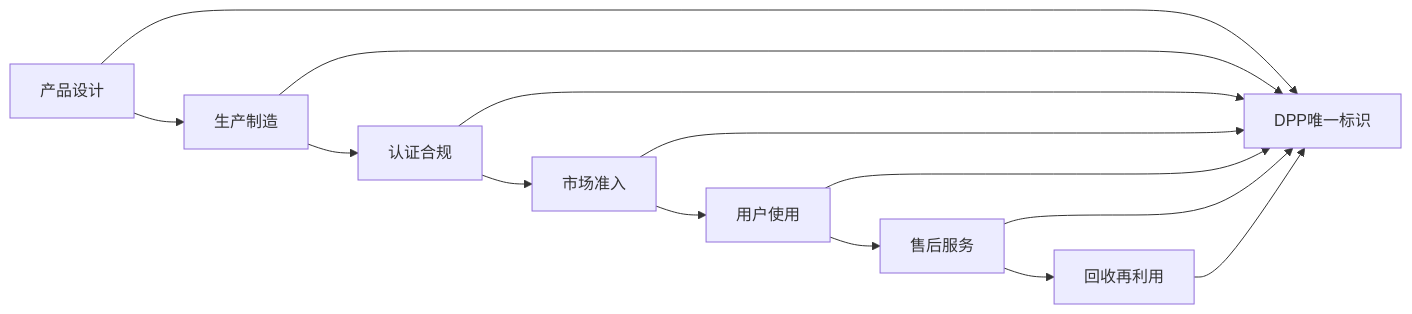
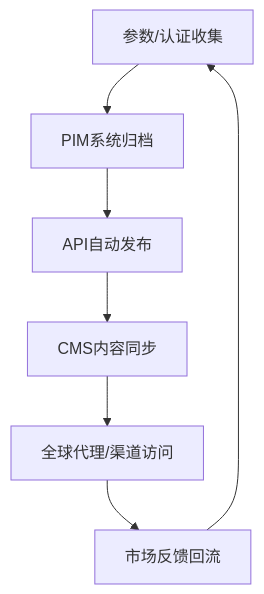
Before and after one commit to Miles2048/research-agent: the fourth of 4 diagrams in results_perplexity/topic_1_产品国际化护照构建/report_topic_1_perplexity.md, drawn with Mermaid. The commit also changed other lines of this file and 26 other files, not shown here.

````diff
--- a/results_perplexity/topic_1_产品国际化护照构建/report_topic_1_perplexity.md
+++ b/results_perplexity/topic_1_产品国际化护照构建/report_topic_1_perplexity.md
@@ -241,16 +274,9 @@
 ```mermaid
-flowchart LR
-A[产品设计] --> B[生产制造]
-B --> C[认证合规]
-C --> D[市场准入]
-D --> E[用户使用]
-E --> F[售后服务]
-F --> G[回收再利用]
-A --> H[DPP唯一标识]
-B --> H
-C --> H
-D --> H
-E --> H
-F --> H
-G --> H
+flowchart TD
+    A[参数/认证收集] --> B[PIM系统归档]
+    B --> C[API自动发布]
+    C --> D[CMS内容同步]
+    D --> E[全球代理/渠道访问]
+    E --> F[市场反馈回流]
+    F --> A
 ```
````
